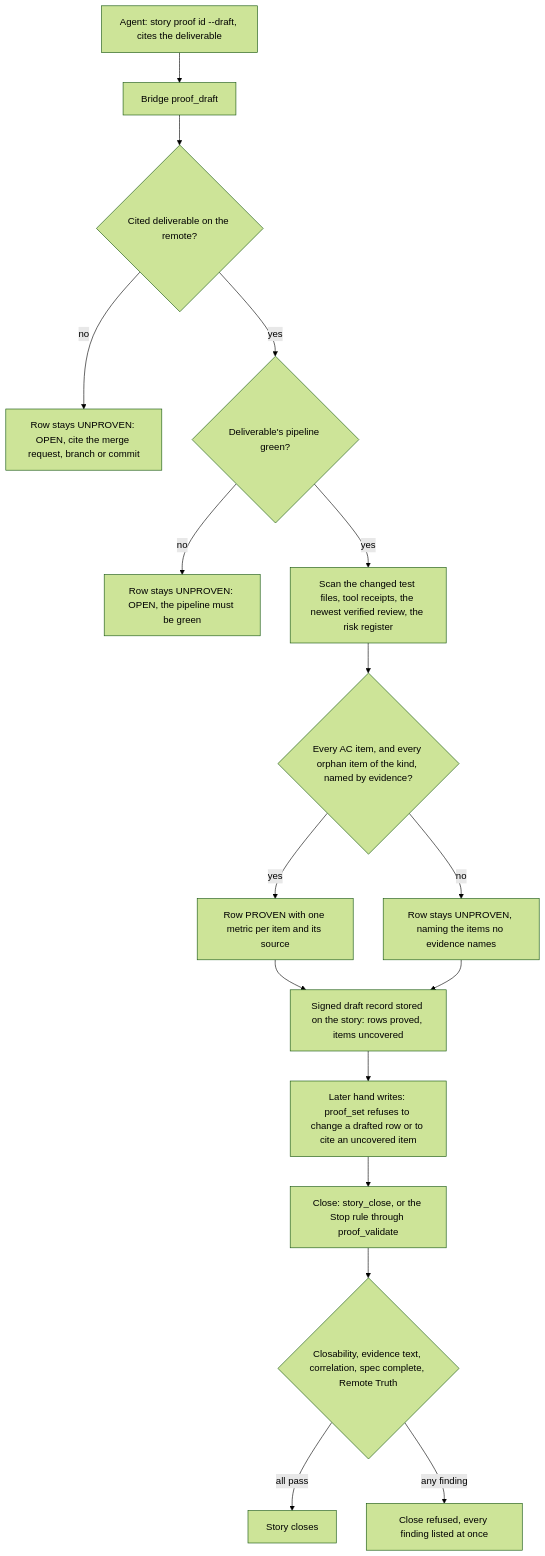
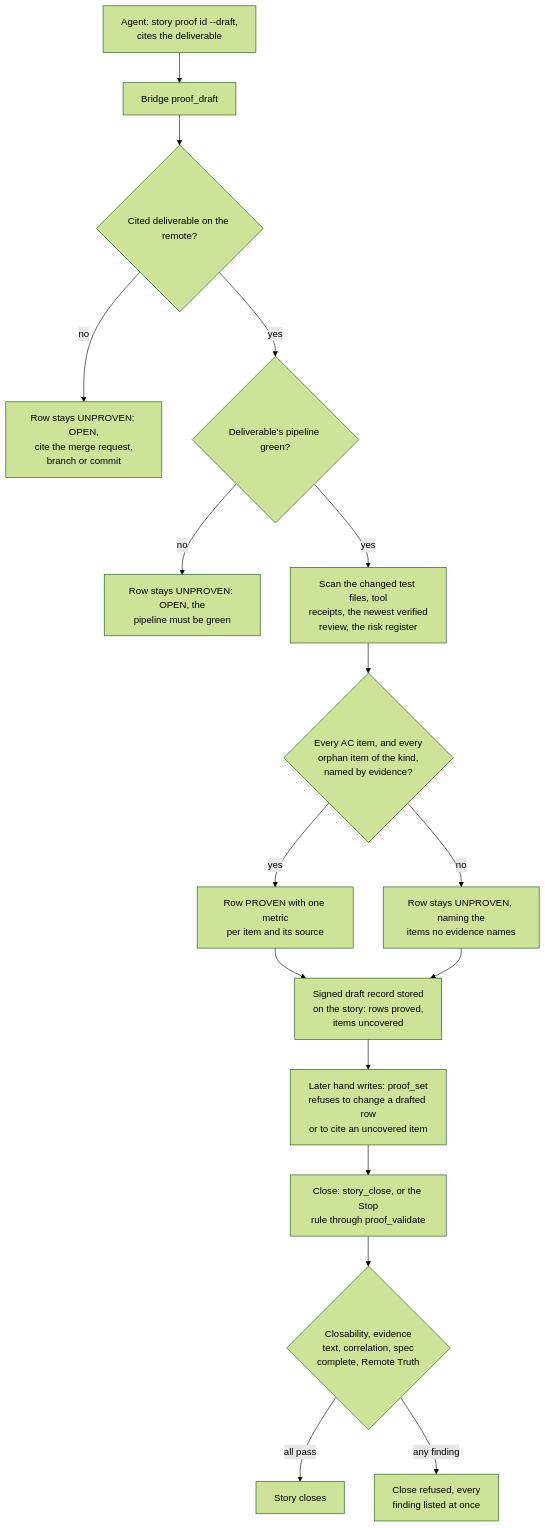
One commit to DogmaSolutions/Kyklos changed the diagram in docs/PROOF_DIMENSION_COMPLETENESS.md. Above: the diagram before and after it, drawn with Mermaid (forest theme). The commit also changed 38 other files, not shown here.

````diff
--- a/docs/PROOF_DIMENSION_COMPLETENESS.md
+++ b/docs/PROOF_DIMENSION_COMPLETENESS.md
@@ -39,19 +39,19 @@
 ```mermaid
 flowchart TD
-    A["Agent: story proof id --draft, cites the deliverable"] --> B["Bridge proof_draft"]
+    A["Agent: story proof id --draft,<br/>cites the deliverable"] --> B["Bridge proof_draft"]
     B --> C{"Cited deliverable on the remote?"}
-    C -->|"no"| O1["Row stays UNPROVEN: OPEN, cite the merge request, branch or commit"]
+    C -->|"no"| O1["Row stays UNPROVEN: OPEN,<br/>cite the merge request,<br/>branch or commit"]
     C -->|"yes"| D{"Deliverable's pipeline green?"}
-    D -->|"no"| O2["Row stays UNPROVEN: OPEN, the pipeline must be green"]
-    D -->|"yes"| E["Scan the changed test files, tool receipts, the newest verified review, the risk register"]
-    E --> F{"Every AC item, and every orphan item of the kind, named by evidence?"}
-    F -->|"no"| O3["Row stays UNPROVEN, naming the items no evidence names"]
-    F -->|"yes"| P["Row PROVEN with one metric per item and its source"]
-    P --> R["Signed draft record stored on the story: rows proved, items uncovered"]
+    D -->|"no"| O2["Row stays UNPROVEN: OPEN, the<br/>pipeline must be green"]
+    D -->|"yes"| E["Scan the changed test files, tool<br/>receipts, the newest verified<br/>review, the risk register"]
+    E --> F{"Every AC item, and every<br/>orphan item of the kind,<br/>named by evidence?"}
+    F -->|"no"| O3["Row stays UNPROVEN, naming the<br/>items no evidence names"]
+    F -->|"yes"| P["Row PROVEN with one metric<br/>per item and its source"]
+    P --> R["Signed draft record stored<br/>on the story: rows proved,<br/>items uncovered"]
     O3 --> R
-    R --> W["Later hand writes: proof_set refuses to change a drafted row or to cite an uncovered item"]
-    W --> Z["Close: story_close, or the Stop rule through proof_validate"]
-    Z --> G{"Closability, evidence text, correlation, spec complete, Remote Truth"}
+    R --> W["Later hand writes: proof_set<br/>refuses to change a drafted row<br/>or to cite an uncovered item"]
+    W --> Z["Close: story_close, or the Stop<br/>rule through proof_validate"]
+    Z --> G{"Closability, evidence<br/>text, correlation, spec<br/>complete, Remote Truth"}
     G -->|"all pass"| CL["Story closes"]
-    G -->|"any finding"| RF["Close refused, every finding listed at once"]
+    G -->|"any finding"| RF["Close refused, every<br/>finding listed at once"]
 ```
````
